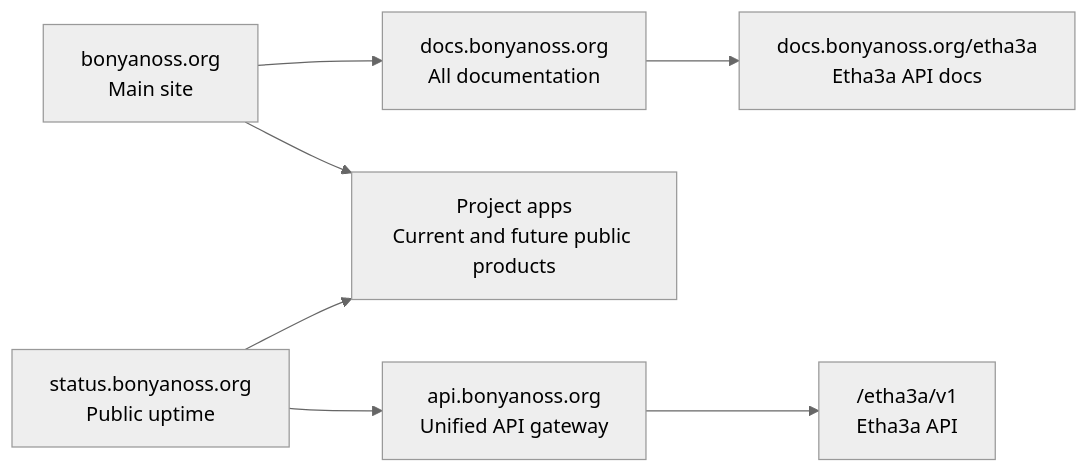
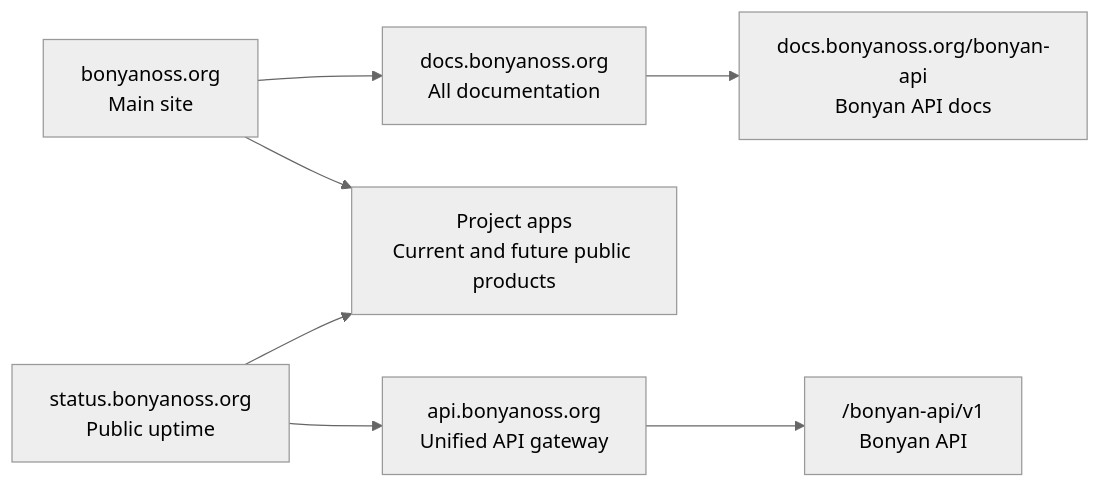
One commit to BonyanOSS/docs changed the diagram in introduction.mdx. Above: the diagram before and after it, drawn with Mermaid (neutral theme). The commit also changed other lines of this file and 28 other files, not shown here.

Commit message:
feat: rebrand Etha3a to Bonyan API and expand documentation with new concepts and endpoints

````diff
--- a/introduction.mdx
+++ b/introduction.mdx
@@ -59,9 +59,9 @@
 ```mermaid
 flowchart LR
     Home["bonyanoss.org<br/>Main site"] --> Docs["docs.bonyanoss.org<br/>All documentation"]
-    Docs --> Etha3aDocs["docs.bonyanoss.org/etha3a<br/>Etha3a API docs"]
+    Docs --> BonyanApiDocs["docs.bonyanoss.org/bonyan-api<br/>Bonyan API docs"]
     Home --> Projects["Project apps<br/>Current and future public products"]
-    Api["api.bonyanoss.org<br/>Unified API gateway"] --> Etha3aApi["/etha3a/v1<br/>Etha3a API"]
+    Api["api.bonyanoss.org<br/>Unified API gateway"] --> BonyanApi["/bonyan-api/v1<br/>Bonyan API"]
     Status["status.bonyanoss.org<br/>Public uptime"] --> Api
     Status --> Projects
 ```
````
